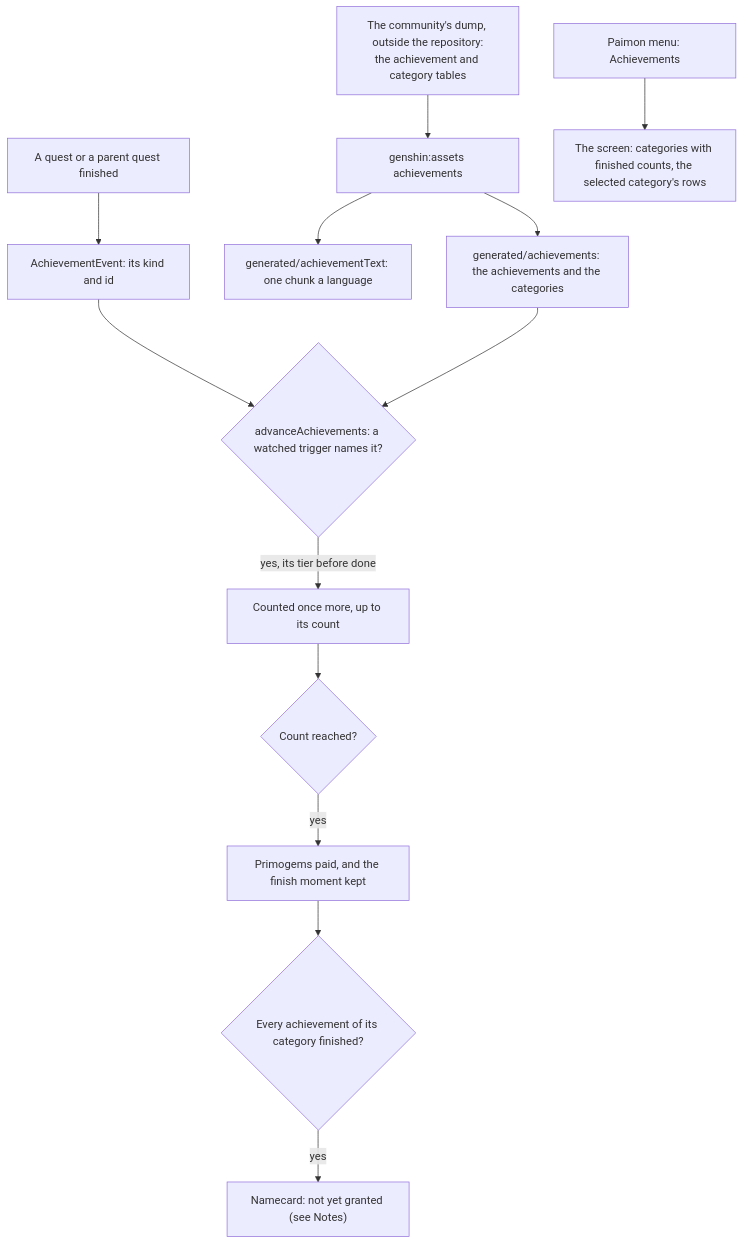
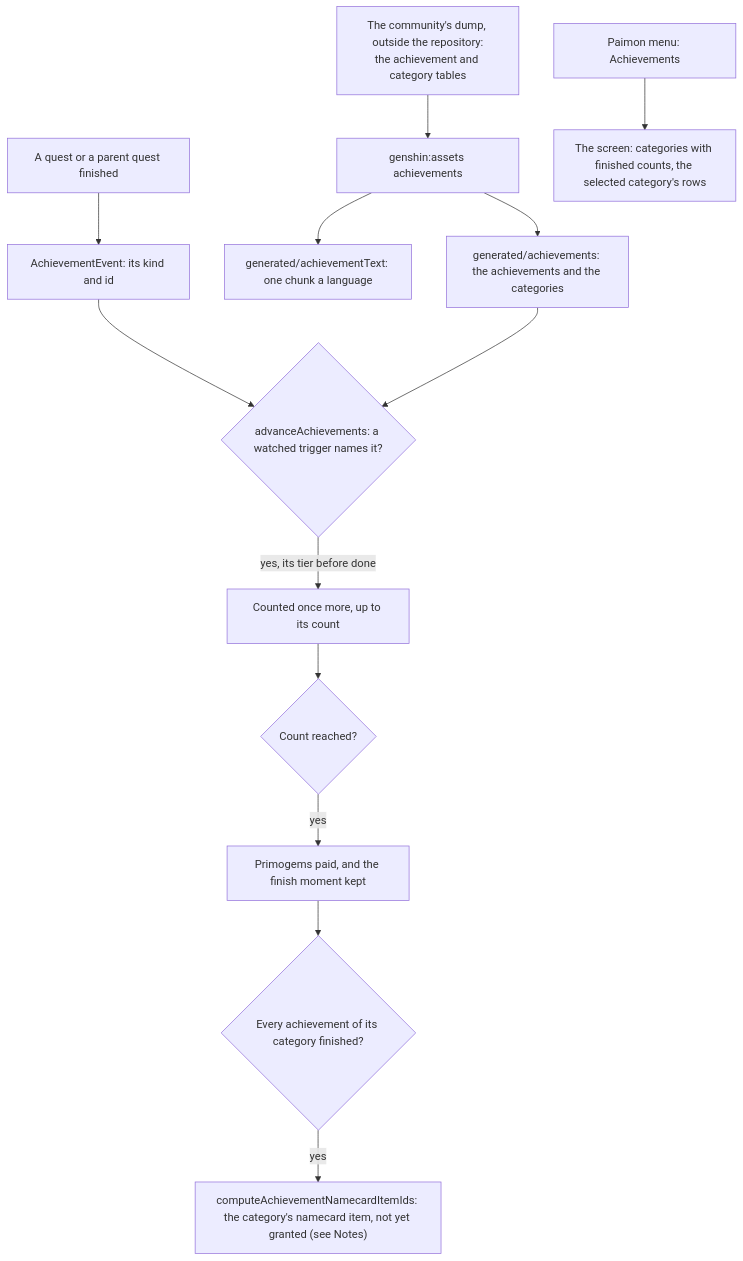
One commit to Esposter/Esposter changed the diagram in apps/web/content/docs/genshin/achievements.md. Above: the diagram before and after it, drawn with Mermaid. The commit also changed other lines of this file and 1 other file, not shown here.

First line of the commit message:
docs(genshin): the achievements page and proposal record the namecard rule as built

````diff
--- a/apps/web/content/docs/genshin/achievements.md
+++ b/apps/web/content/docs/genshin/achievements.md
@@ -12,15 +12,15 @@
 ```mermaid
 flowchart TD
   DUMP["The community's dump, outside the repository:<br/>the achievement and category tables"] --> WRITE["genshin:assets achievements"]
   WRITE --> SLICES["generated/achievements: the achievements and the categories"]
   WRITE --> WORDS["generated/achievementText: one chunk a language"]
   DOING["A quest or a parent quest finished"] --> EVENT["AchievementEvent: its kind and id"]
   EVENT --> ADVANCE{"advanceAchievements: a watched trigger names it?"}
   SLICES --> ADVANCE
   ADVANCE -->|"yes, its tier before done"| COUNT["Counted once more, up to its count"]
   COUNT --> DONE{"Count reached?"}
   DONE -->|"yes"| PAY["Primogems paid, and the finish moment kept"]
   PAY --> CAT{"Every achievement of its category finished?"}
-  CAT -->|"yes"| NAMECARD["Namecard: not yet granted (see Notes)"]
+  CAT -->|"yes"| NAMECARD["computeAchievementNamecardItemIds: the category's namecard item, not yet granted (see Notes)"]
   SCREEN["Paimon menu: Achievements"] --> VIEW["The screen: categories with finished counts, the selected category's rows"]
 ```
````
